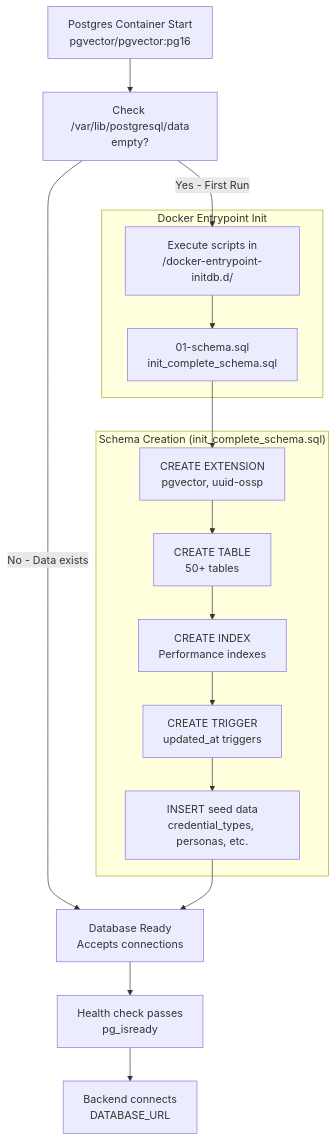
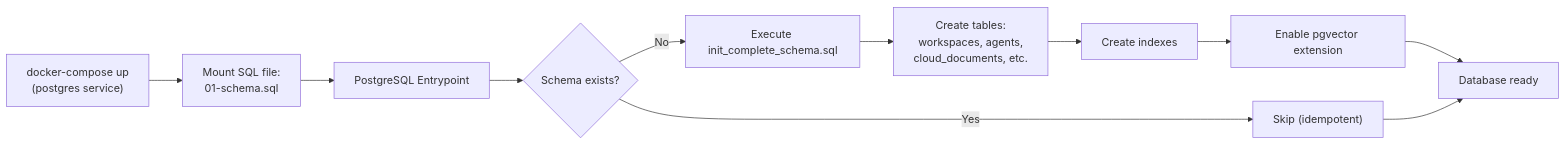
Before and after one commit to AutomatosAI/automatos-ai: the third of 3 diagrams in docs/getting-started/installation-setup.md, drawn with Mermaid. The commit also changed other lines of this file and 149 other files, not shown here.

Commit message:
docs: refresh documentation with graphify semantic scan

````diff
--- a/docs/getting-started/installation-setup.md
+++ b/docs/getting-started/installation-setup.md
@@ -344,37 +304,13 @@
 ```mermaid
-graph TB
-    ContainerStart["Postgres Container Start<br/>pgvector/pgvector:pg16"]
-    CheckData["Check /var/lib/postgresql/data<br/>empty?"]
-    
-    subgraph "Docker Entrypoint Init"
-        RunInit["Execute scripts in<br/>/docker-entrypoint-initdb.d/"]
-        LoadSchema["01-schema.sql<br/>init_complete_schema.sql"]
-    end
-    
-    subgraph "Schema Creation (init_complete_schema.sql)"
-        Extensions["CREATE EXTENSION<br/>pgvector, uuid-ossp"]
-        Tables["CREATE TABLE<br/>50+ tables"]
-        Indexes["CREATE INDEX<br/>Performance indexes"]
-        Triggers["CREATE TRIGGER<br/>updated_at triggers"]
-        Seed["INSERT seed data<br/>credential_types, personas, etc."]
-    end
-    
-    Ready["Database Ready<br/>Accepts connections"]
-    HealthCheck["Health check passes<br/>pg_isready"]
-    BackendConnects["Backend connects<br/>DATABASE_URL"]
-    
-    ContainerStart --> CheckData
-    CheckData -->|"Yes - First Run"| RunInit
-    CheckData -->|"No - Data exists"| Ready
-    
-    RunInit --> LoadSchema
-    LoadSchema --> Extensions
-    Extensions --> Tables
-    Tables --> Indexes
-    Indexes --> Triggers
-    Triggers --> Seed
-    
-    Seed --> Ready
-    Ready --> HealthCheck
-    HealthCheck --> BackendConnects
+graph LR
+    A["docker-compose up<br/>(postgres service)"] --> B["Mount SQL file:<br/>01-schema.sql"]
+    B --> C["PostgreSQL Entrypoint"]
+    C --> D{"Schema exists?"}
+    D -->|"No"| E["Execute init_complete_schema.sql"]
+    D -->|"Yes"| F["Skip (idempotent)"]
+    E --> G["Create tables:<br/>workspaces, agents,<br/>cloud_documents, etc."]
+    G --> H["Create indexes"]
+    H --> I["Enable pgvector extension"]
+    I --> J["Database ready"]
+    F --> J
 ```
````
